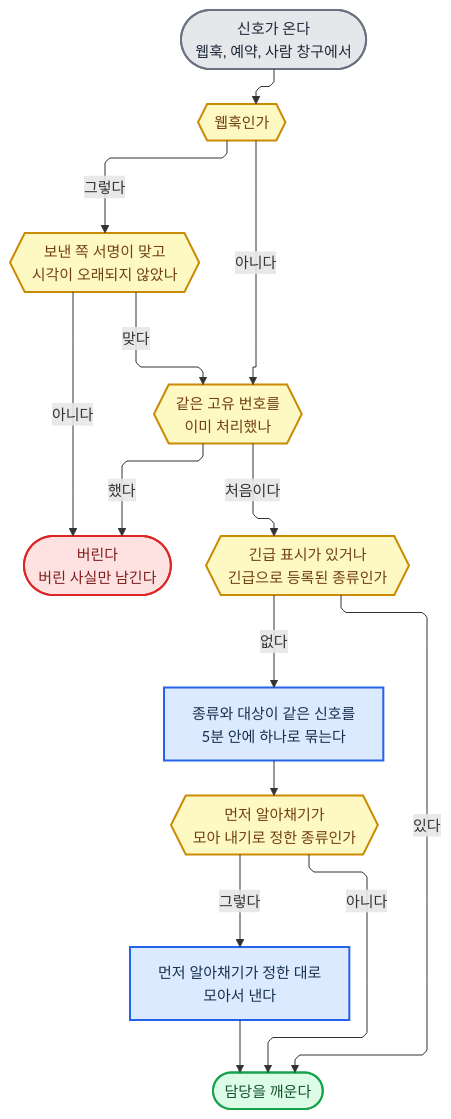
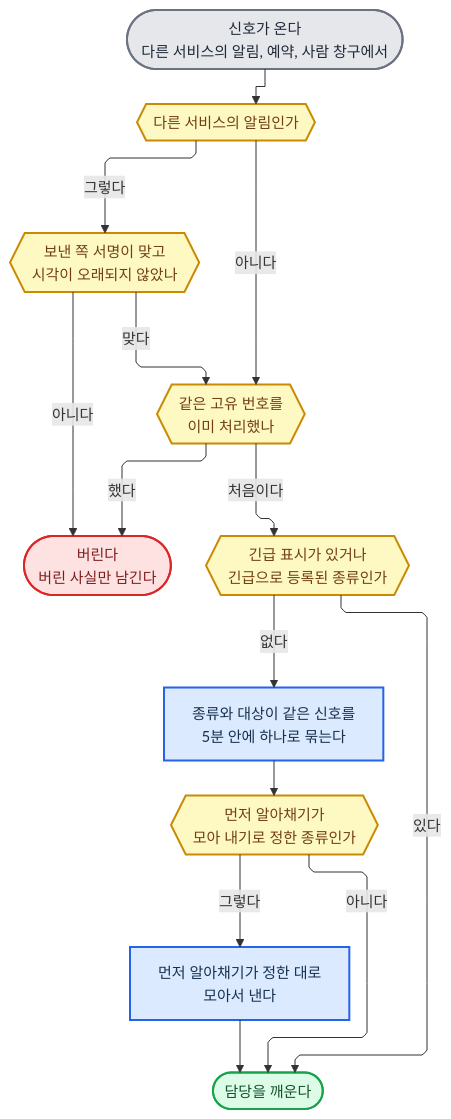
One commit to harisbaguette/expert changed the second of 24 diagrams in 전문가 에이전트 정의 2.md. Above: the diagram before and after it, drawn with Mermaid. The commit also changed other lines of this file and 1 other file, not shown here.

````diff
--- a/전문가 에이전트 정의 2.md
+++ b/전문가 에이전트 정의 2.md
@@ -352,35 +247,35 @@
 ```mermaid
 %%{init: {"flowchart":{"wrappingWidth":640,"curve":"linear","nodeSpacing":45,"rankSpacing":55,"padding":14,"useMaxWidth":true,"defaultRenderer":"elk"},"themeVariables":{"fontSize":"15px"},"layout":"elk","elk":{"mergeEdges":false,"nodePlacementStrategy":"NETWORK_SIMPLEX","keepEntryNodeOnTop":true,"considerModelOrder":"PREFER_NODES"}} }%%
 flowchart TB
     F{{"먼저 알아채기가<br/>모아 내기로 정한 종류인가"}}:::note
     OUT(["담당을 깨운다"]):::good
     V{{"보낸 쪽 서명이 맞고<br/>시각이 오래되지 않았나"}}:::note
     K{{"같은 고유 번호를<br/>이미 처리했나"}}:::note
     X(["버린다<br/>버린 사실만 남긴다"]):::stop
     B["먼저 알아채기가 정한 대로<br/>모아서 낸다"]:::main
     E{{"긴급 표시가 있거나<br/>긴급으로 등록된 종류인가"}}:::note
     G["종류와 대상이 같은 신호를<br/>5분 안에 하나로 묶는다"]:::main
-    IN(["신호가 온다<br/>웹훅, 예약, 사람 창구에서"]):::store
-    W{{"웹훅인가"}}:::note
+    IN(["신호가 온다<br/>다른 서비스의 알림, 예약, 사람 창구에서"]):::store
+    W{{"다른 서비스의 알림인가"}}:::note
     W -- "아니다" --> K
     E -- "있다" --> OUT
     G --> F
     K -- "했다" --> X
     E -- "없다" --> G
     IN --> W
     V -- "아니다" --> X
     V -- "맞다" --> K
     F -- "아니다" --> OUT
     F -- "그렇다" --> B
     B --> OUT
     K -- "처음이다" --> E
     W -- "그렇다" --> V
     %% 배치용 보이지 않는 연결: 선은 그려지지 않고 상자 위치만 잡음
     IN ~~~ E
     IN ~~~ W
     classDef store fill:#e5e7eb,stroke:#6b7280,stroke-width:2px,color:#1f2937
     classDef good fill:#dcfce7,stroke:#16a34a,stroke-width:2px,color:#14532d
     classDef note fill:#fef9c3,stroke:#ca8a04,stroke-width:2px,color:#713f12
     classDef stop fill:#fee2e2,stroke:#dc2626,stroke-width:2px,color:#7f1d1d
     classDef main fill:#dbeafe,stroke:#2563eb,stroke-width:2px,color:#17314f
 ```
````
